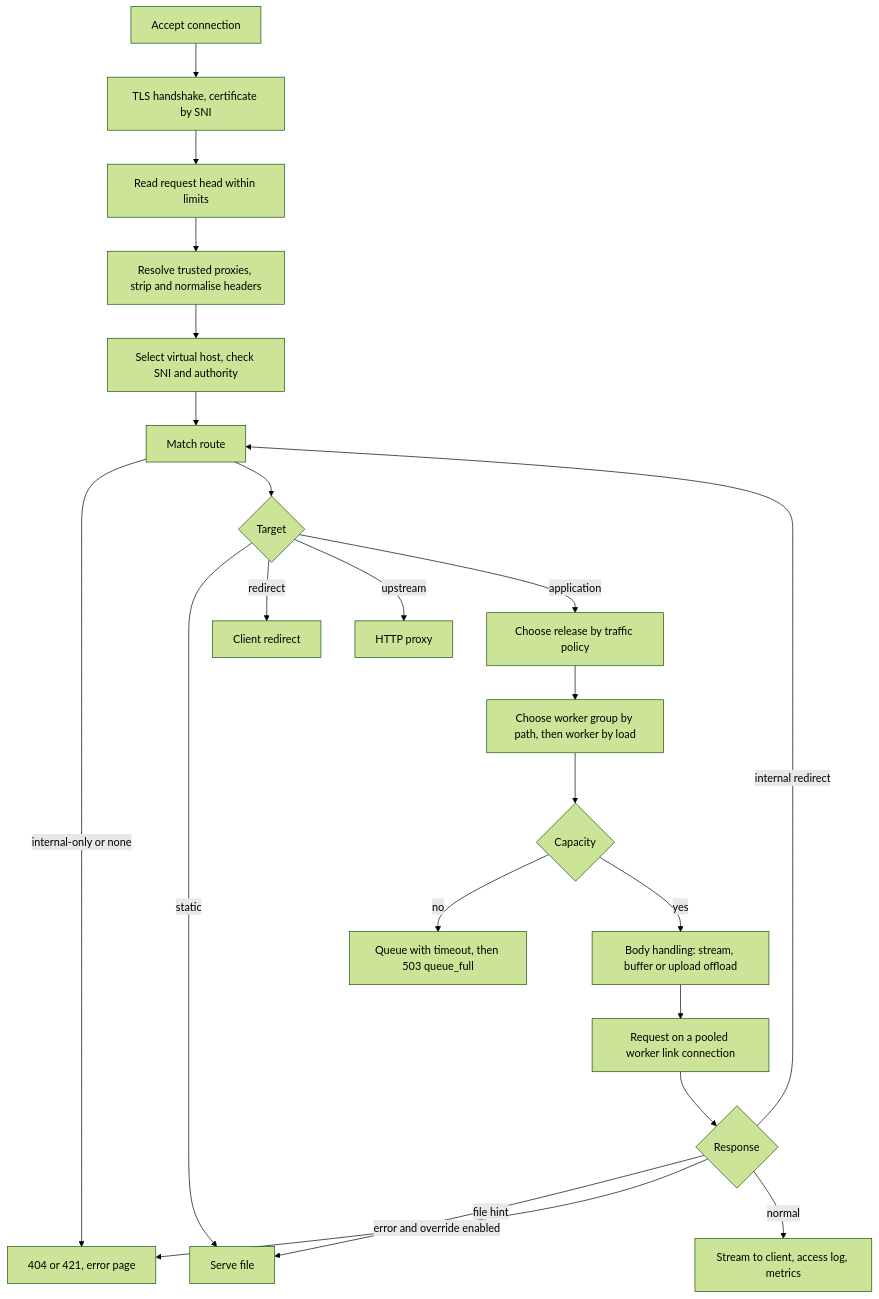
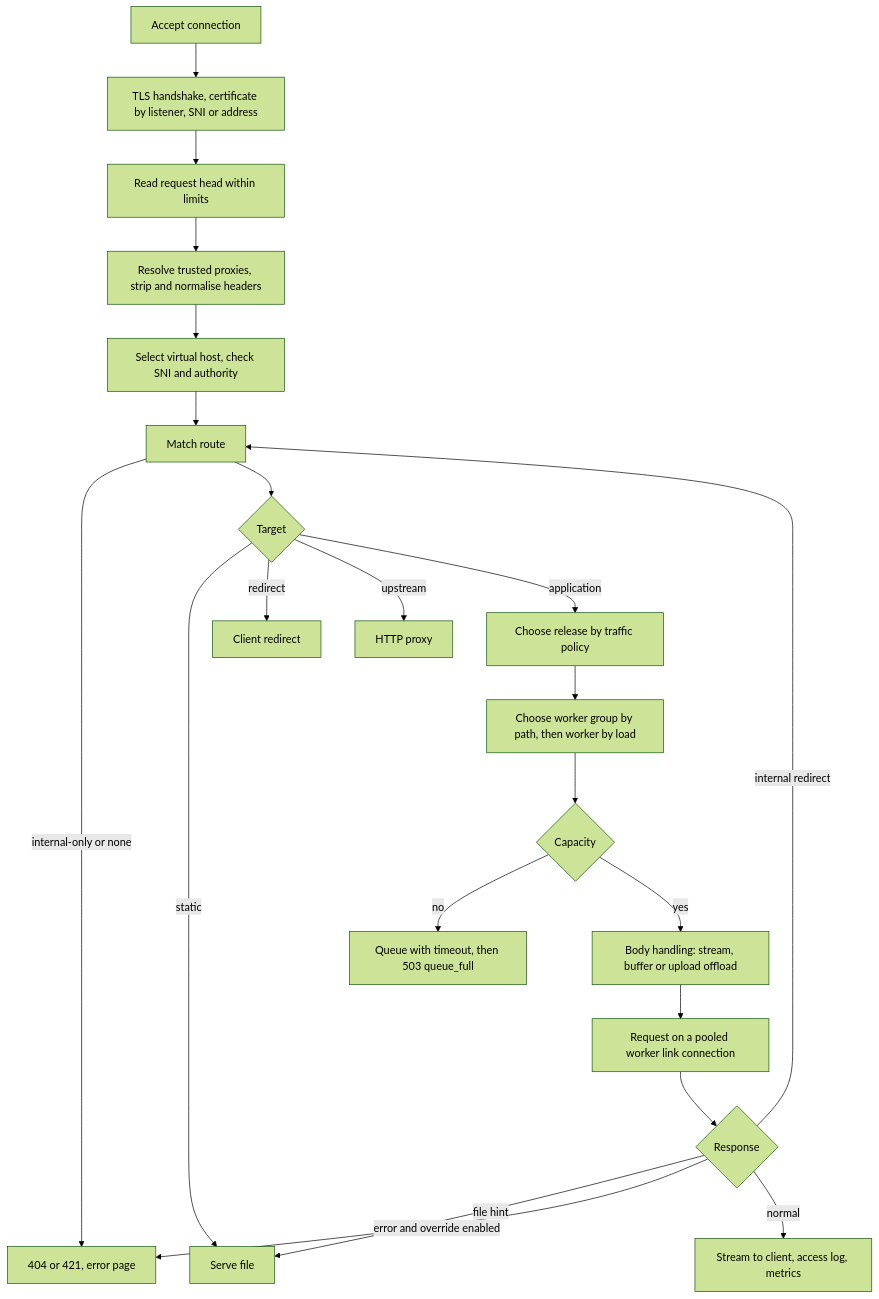
The first of 3 diagrams in docs/project/design/04-edge.md (GrahamDumpleton/muru), drawn with Mermaid (forest theme) before and after one commit. The commit also changed other lines of this file and 8 other files, not shown here.

First line of the commit message:
A TLS connection is given the certificate of a host on its listener, by name or by the address it arrived on (#458)

````diff
--- a/docs/project/design/04-edge.md
+++ b/docs/project/design/04-edge.md
@@ -16,24 +16,24 @@
 ```mermaid
 flowchart TD
-  A[Accept connection] --> B[TLS handshake, certificate by SNI]
+  A[Accept connection] --> B[TLS handshake, certificate by listener, SNI or address]
   B --> C[Read request head within limits]
   C --> D[Resolve trusted proxies, strip and normalise headers]
   D --> E[Select virtual host, check SNI and authority]
   E --> F[Match route]
   F -->|internal-only or none| X[404 or 421, error page]
   F --> G{Target}
   G -->|static| S[Serve file]
   G -->|redirect| R[Client redirect]
   G -->|upstream| U[HTTP proxy]
   G -->|application| H[Choose release by traffic policy]
   H --> I[Choose worker group by path, then worker by load]
   I --> J{Capacity}
   J -->|no| Q[Queue with timeout, then 503 queue_full]
   J -->|yes| K[Body handling: stream, buffer or upload offload]
   K --> L[Request on a pooled worker link connection]
   L --> M{Response}
   M -->|internal redirect| F
   M -->|file hint| S
   M -->|error and override enabled| X
   M -->|normal| N[Stream to client, access log, metrics]
 ```
````
